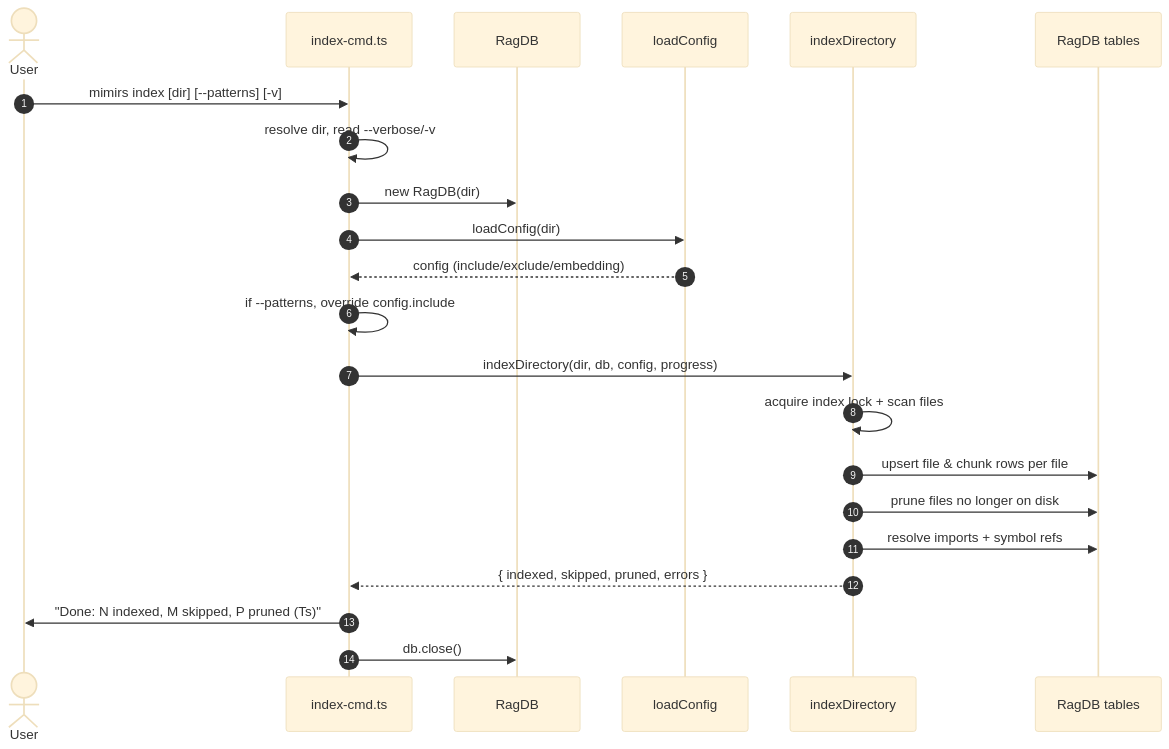
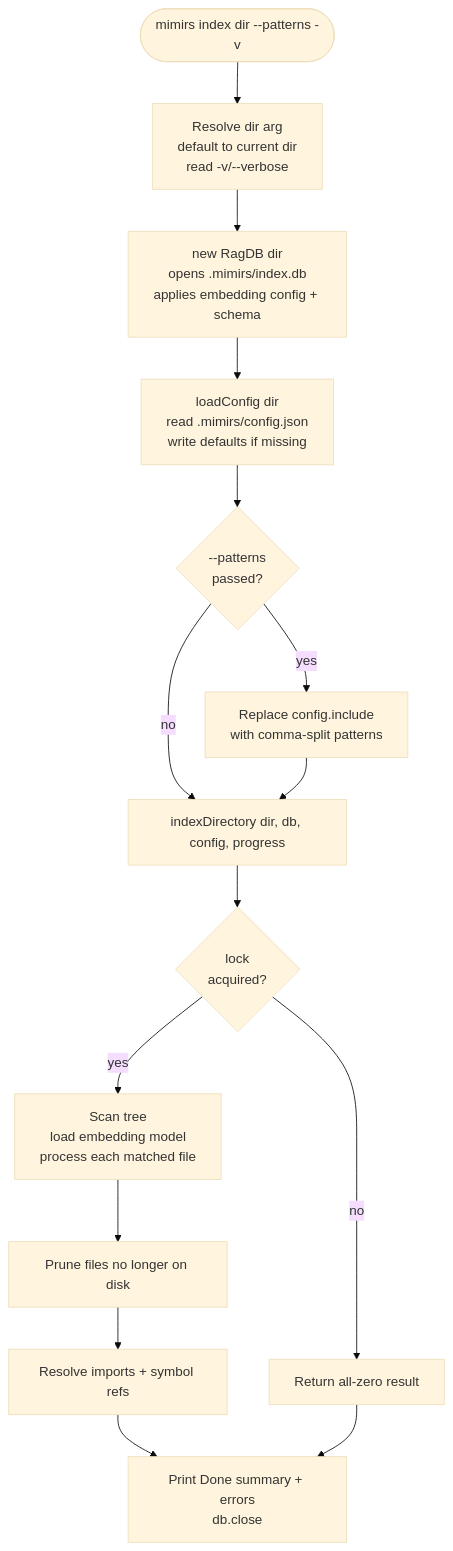
Before and after one commit to TheWinci/mimirs: the diagram in wiki/cli/index.md, drawn with Mermaid (base theme). The commit also changed other lines of this file and 55 other files, not shown here.

````diff
--- a/wiki/cli/index.md
+++ b/wiki/cli/index.md
@@ -11,24 +11,17 @@
 ```mermaid
-sequenceDiagram
-    autonumber
-    actor User
-    participant CLI as index-cmd.ts
-    participant DB as RagDB
-    participant Cfg as loadConfig
-    participant Idx as indexDirectory
-    participant Store as RagDB tables
-    User->>CLI: mimirs index [dir] [--patterns] [-v]
-    CLI->>CLI: resolve dir, read --verbose/-v
-    CLI->>DB: new RagDB(dir)
-    CLI->>Cfg: loadConfig(dir)
-    Cfg-->>CLI: config (include/exclude/embedding)
-    CLI->>CLI: if --patterns, override config.include
-    CLI->>Idx: indexDirectory(dir, db, config, progress)
-    Idx->>Idx: acquire index lock + scan files
-    Idx->>Store: upsert file & chunk rows per file
-    Idx->>Store: prune files no longer on disk
-    Idx->>Store: resolve imports + symbol refs
-    Idx-->>CLI: { indexed, skipped, pruned, errors }
-    CLI->>User: "Done: N indexed, M skipped, P pruned (Ts)"
-    CLI->>DB: db.close()
+flowchart TD
+    start([mimirs index dir --patterns -v]) --> resolveDir[Resolve dir arg<br>default to current dir<br>read -v/--verbose]
+    resolveDir --> openDB[new RagDB dir<br>opens .mimirs/index.db<br>applies embedding config + schema]
+    openDB --> cfg[loadConfig dir<br>read .mimirs/config.json<br>write defaults if missing]
+    cfg --> patternsCheck{--patterns<br>passed?}
+    patternsCheck -- yes --> override[Replace config.include<br>with comma-split patterns]
+    patternsCheck -- no --> runIdx
+    override --> runIdx[indexDirectory dir, db, config, progress]
+    runIdx --> locked{lock<br>acquired?}
+    locked -- no --> zero[Return all-zero result]
+    locked -- yes --> scan[Scan tree<br>load embedding model<br>process each matched file]
+    scan --> prune[Prune files no longer on disk]
+    prune --> resolveStep[Resolve imports + symbol refs]
+    resolveStep --> summary
+    zero --> summary[Print Done summary + errors<br>db.close]
 ```
````
